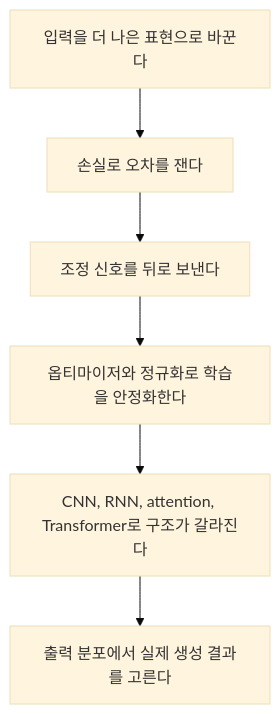
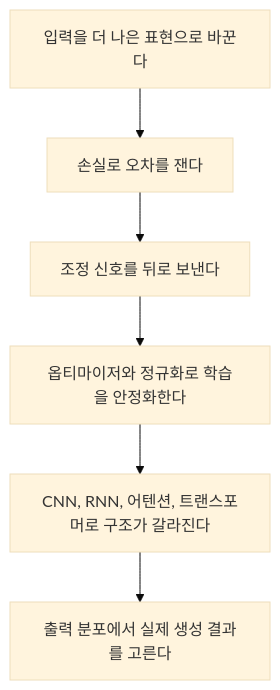
The diagram in docs/assets/part-05/part5-recap-flow-ko.mmd (devchan64/AiBook), drawn with Mermaid (base theme) before and after one commit. The commit also changed 79 other files, not shown here.

Commit message:
Refine part 5 support materials and part 6 tokenization flow

```diff
--- a/docs/assets/part-05/part5-recap-flow-ko.mmd
+++ b/docs/assets/part-05/part5-recap-flow-ko.mmd
@@ -1,13 +1,13 @@
 flowchart TD
   A["입력을 더 나은 표현으로 바꾼다"]
   B["손실로 오차를 잰다"]
   C["조정 신호를 뒤로 보낸다"]
   D["옵티마이저와 정규화로 학습을 안정화한다"]
-  E["CNN, RNN, attention, Transformer로 구조가 갈라진다"]
+  E["CNN, RNN, 어텐션, 트랜스포머로 구조가 갈라진다"]
   F["출력 분포에서 실제 생성 결과를 고른다"]
 
   A --> B
   B --> C
   C --> D
   D --> E
   E --> F
```
